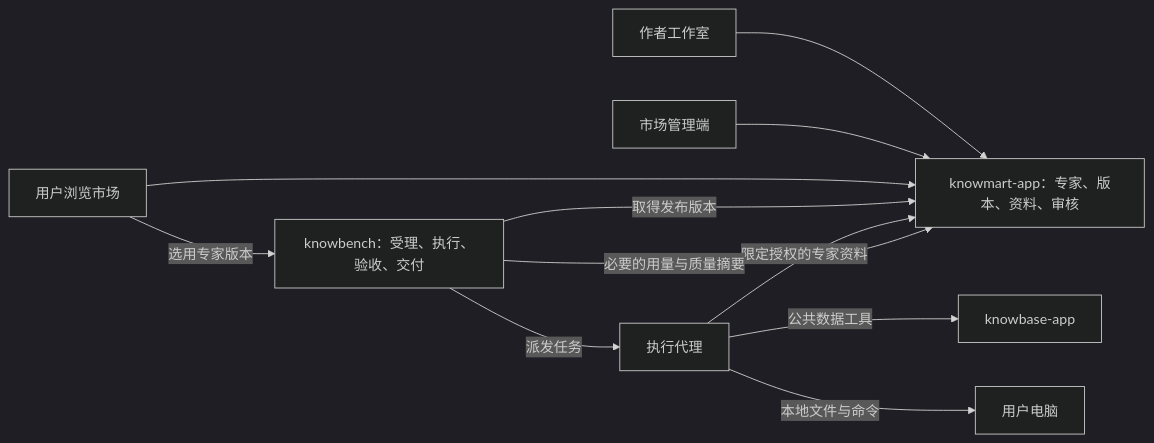
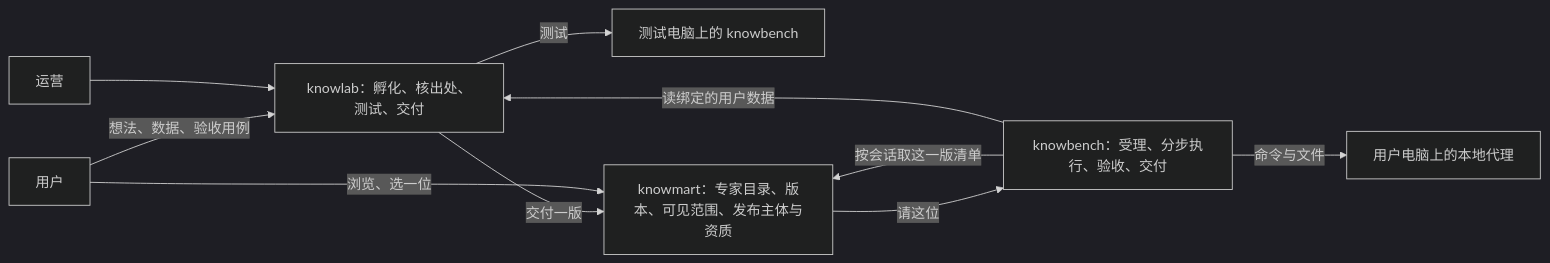
One commit to sunmoonlion/k8s changed the diagram in docs/专家市场架构对比分析和借鉴.md. Above: the diagram before and after it, drawn with Mermaid (dark theme). The commit also changed other lines of this file and 1 other file, not shown here.

Commit message:
重写竞品比较分析与专家市场架构对比：按 2026-10-16 至 10-18 的决定（都叫专家、孵化是核心价值、平台不提供数据、上架必经 knowlab、knowmart 对标 WorkBuddy 开放平台的主体类目证照、前台照京东、数据 = 专家自带 + 请的人自己的）更新；补 WorkBuddy 开放平台资质与金融版；去掉过时的两套账号、专家云上知识库、平台自营作者、Olist 范围等

````diff
--- a/docs/专家市场架构对比分析和借鉴.md
+++ b/docs/专家市场架构对比分析和借鉴.md
@@ -99,13 +77,12 @@
 ```mermaid
 flowchart LR
-    Author[作者工作室] --> Knowmart[knowmart-app：专家、版本、资料、审核]
-    Admin[市场管理端] --> Knowmart
-    Market[用户浏览市场] --> Knowmart
-    Market -->|选用专家版本| Knowbench[knowbench：受理、执行、验收、交付]
-    Knowbench -->|取得发布版本| Knowmart
-    Knowbench -->|派发任务| Agent[执行代理]
-    Agent -->|限定授权的专家资料| Knowmart
-    Agent -->|公共数据工具| Knowbase[knowbase-app]
-    Agent -->|本地文件与命令| Local[用户电脑]
-    Knowbench -->|必要的用量与质量摘要| Knowmart
+    User[用户] -->|想法、数据、验收用例| Knowlab[knowlab：孵化、核出处、测试、交付]
+    Ops[运营] --> Knowlab
+    Knowlab -->|测试| Tester[测试电脑上的 knowbench]
+    Knowlab -->|交付一版| Knowmart[knowmart：专家目录、版本、可见范围、发布主体与资质]
+    User -->|浏览、选一位| Knowmart
+    Knowmart -->|请这位| Knowbench[knowbench：受理、分步执行、验收、交付]
+    Knowbench -->|按会话取这一版清单| Knowmart
+    Knowbench -->|读绑定的用户数据| Knowlab
+    Knowbench -->|命令与文件| Local[用户电脑上的本地代理]
 ```
````
